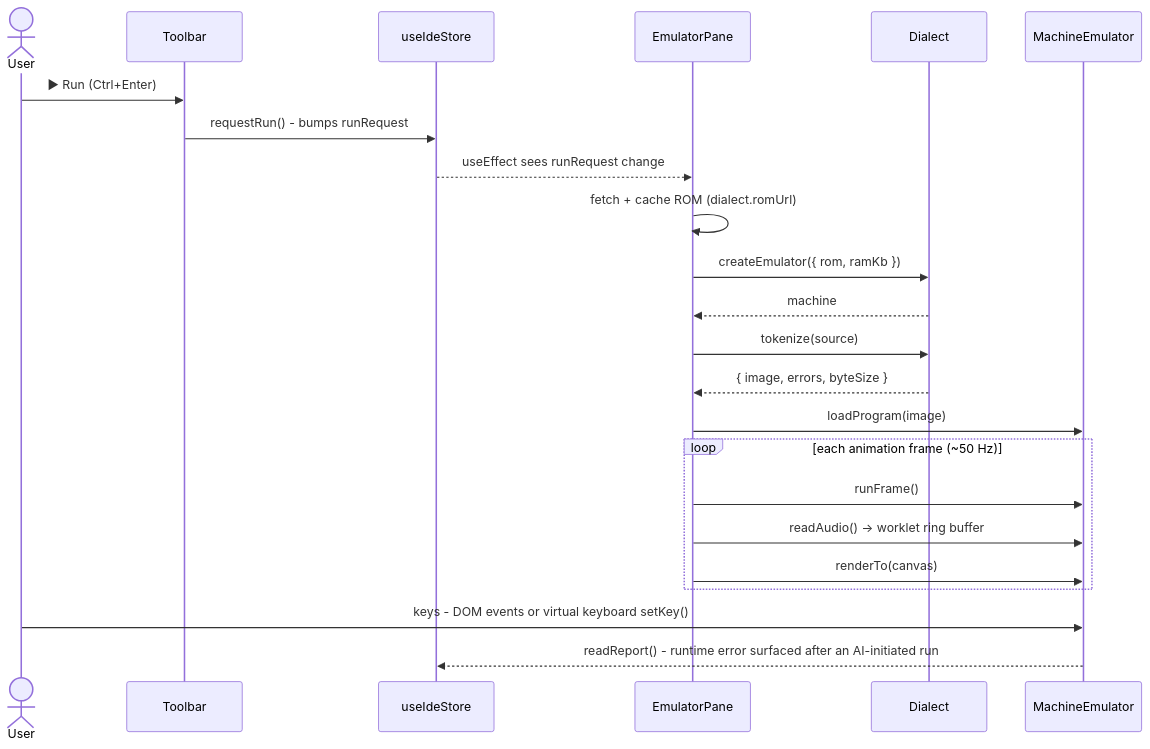
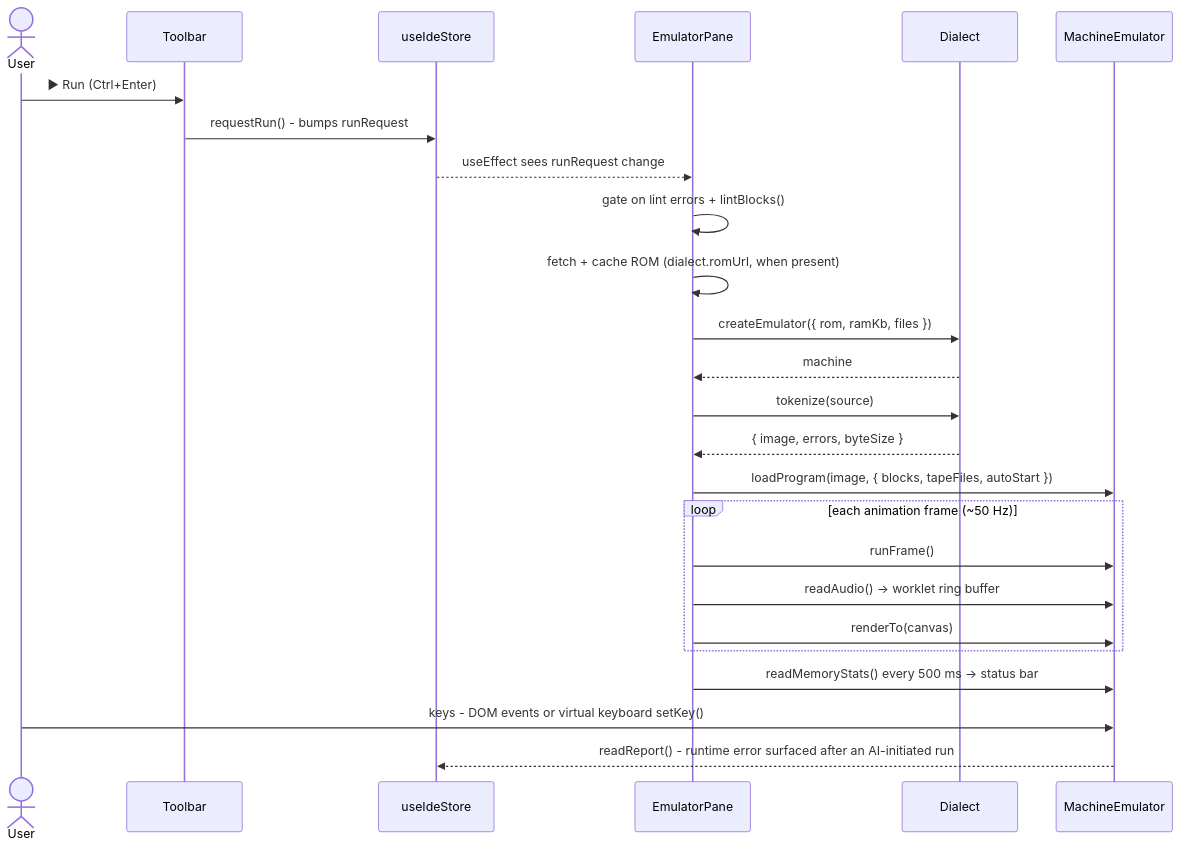
One commit to seanhodges/basically changed the fourth of 9 diagrams in docs/contributing/architecture.md. Above: the diagram before and after it, drawn with Mermaid. The commit also changed other lines of this file, not shown here.

First line of the commit message:
docs: bring the architecture page back in line with the codebase

````diff
--- a/docs/contributing/architecture.md
+++ b/docs/contributing/architecture.md
@@ -229,26 +340,28 @@
 ```mermaid
 sequenceDiagram
   actor U as User
   participant T as Toolbar
   participant S as useIdeStore
   participant E as EmulatorPane
   participant D as Dialect
   participant M as MachineEmulator
 
   U->>T: ▶ Run (Ctrl+Enter)
   T->>S: requestRun() - bumps runRequest
   S-->>E: useEffect sees runRequest change
-  E->>E: fetch + cache ROM (dialect.romUrl)
-  E->>D: createEmulator({ rom, ramKb })
+  E->>E: gate on lint errors + lintBlocks()
+  E->>E: fetch + cache ROM (dialect.romUrl, when present)
+  E->>D: createEmulator({ rom, ramKb, files })
   D-->>E: machine
   E->>D: tokenize(source)
   D-->>E: { image, errors, byteSize }
-  E->>M: loadProgram(image)
+  E->>M: loadProgram(image, { blocks, tapeFiles, autoStart })
   loop each animation frame (~50 Hz)
     E->>M: runFrame()
     E->>M: readAudio() → worklet ring buffer
     E->>M: renderTo(canvas)
   end
+  E->>M: readMemoryStats() every 500 ms → status bar
   U->>M: keys - DOM events or virtual keyboard setKey()
   M-->>S: readReport() - runtime error surfaced after an AI-initiated run
 ```
````
